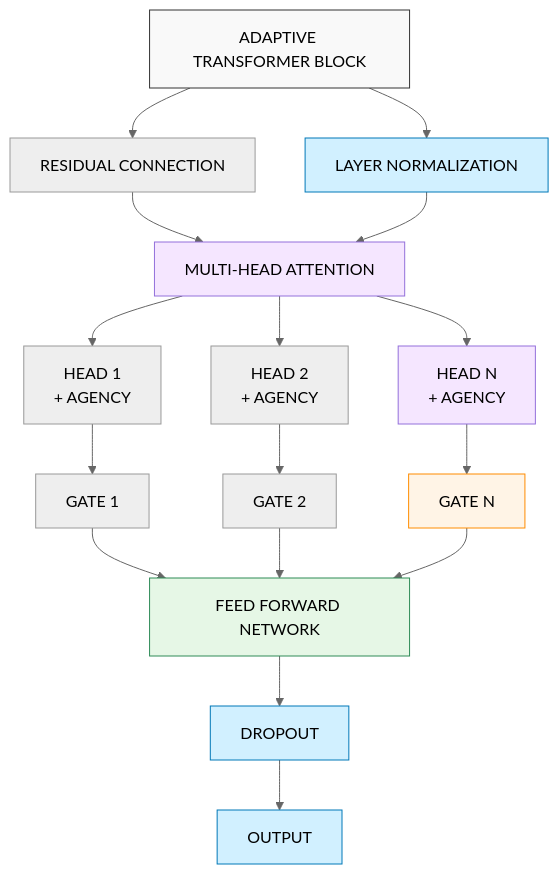
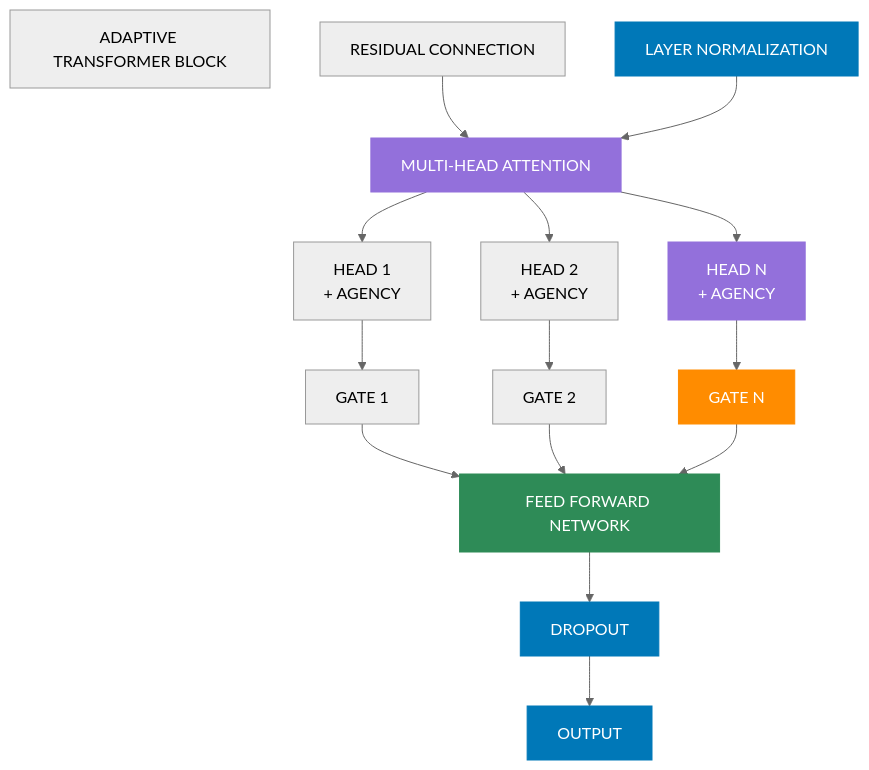
Before and after one commit to CambrianTech/sentinel-ai: the sixth of 6 diagrams in README.md, drawn with Mermaid (neutral theme). The commit also changed other lines of this file and 3 other files, not shown here.

First line of the commit message:
Fix colors in Mermaid diagrams for better readability (#33)

````diff
--- a/README.md
+++ b/README.md
@@ -511,51 +518,50 @@
 ```mermaid
 flowchart TD
-    classDef standard fill:#f9f9f9,stroke:#333,stroke-width:1px
-    classDef layer fill:#d1f0ff,stroke:#0078b8,stroke-width:1px
-    classDef attention fill:#f5e6ff,stroke:#9370db,stroke-width:1px
-    classDef ffn fill:#e6f7e6,stroke:#2e8b57,stroke-width:1px
-    classDef head fill:#fff4e6,stroke:#ff8c00,stroke-width:1px
+    classDef standard fill:#333,stroke:#333,stroke-width:1px,color:#fff
+    classDef layer fill:#0078b8,stroke:#0078b8,stroke-width:1px,color:#fff
+    classDef attention fill:#9370db,stroke:#9370db,stroke-width:1px,color:#fff
+    classDef ffn fill:#2e8b57,stroke:#2e8b57,stroke-width:1px,color:#fff
+    classDef head fill:#ff8c00,stroke:#ff8c00,stroke-width:1px,color:#fff
     
     %% Main Components
-    title["ADAPTIVE TRANSFORMER BLOCK"]
+    header["ADAPTIVE TRANSFORMER BLOCK"]
     residual["RESIDUAL CONNECTION"]
     norm["LAYER NORMALIZATION"]
     attention["MULTI-HEAD ATTENTION"]
     ffn["FEED FORWARD NETWORK"]
     dropout["DROPOUT"]
     output["OUTPUT"]
     
     %% Attention Components
     head1["HEAD 1<br/>+ AGENCY"]
     head2["HEAD 2<br/>+ AGENCY"]
     headn["HEAD N<br/>+ AGENCY"]
     
     gate1["GATE 1"]
     gate2["GATE 2"]
     gaten["GATE N"]
     
     %% Connections
-    title --> residual & norm
-    
+        
     residual & norm --> attention
     
     attention --> head1 & head2 & headn
     head1 --> gate1
     head2 --> gate2
     headn --> gaten
     
     gate1 & gate2 & gaten --> ffn
     ffn --> dropout
     dropout --> output
     
     %% Styling
-    title:::standard
+    header:::header
     residual & norm:::layer
     attention:::attention
     ffn:::ffn
     dropout:::layer
     output:::layer
     
     head1 & head2 & headn:::attention
     gate1 & gate2 & gaten:::head
 ```
````
